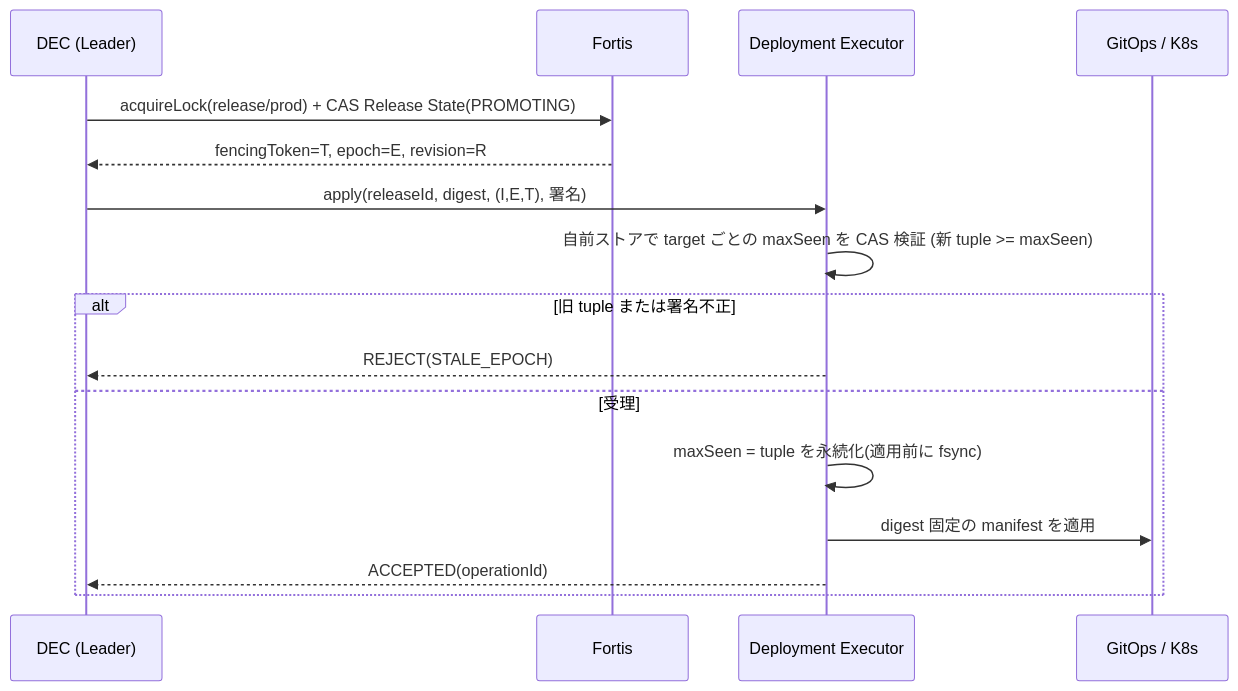
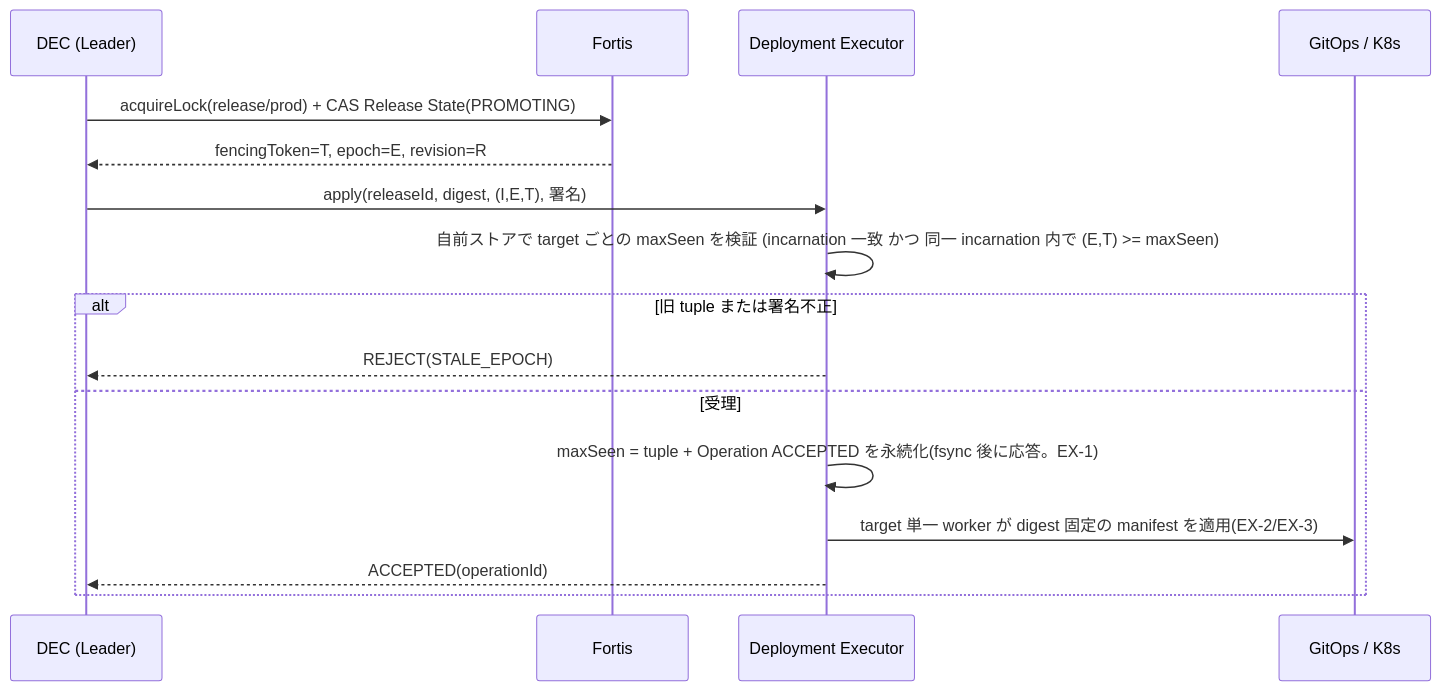
One commit to kigawa-net/kivra changed the second of 4 diagrams in docs/design/12-fortis-control-plane-ha.md. Above: the diagram before and after it, drawn with Mermaid. The commit also changed other lines of this file, not shown here.

First line of the commit message:
Unify release lock ownership model, external fencing and incarnation requirements across #8/#12

````diff
--- a/docs/design/12-fortis-control-plane-ha.md
+++ b/docs/design/12-fortis-control-plane-ha.md
@@ -185,18 +202,18 @@
 ```mermaid
 sequenceDiagram
   participant DEC as DEC (Leader)
   participant F as Fortis
   participant EX as Deployment Executor
   participant G as GitOps / K8s
   DEC->>F: acquireLock(release/prod) + CAS Release State(PROMOTING)
   F-->>DEC: fencingToken=T, epoch=E, revision=R
   DEC->>EX: apply(releaseId, digest, (I,E,T), 署名)
-  EX->>EX: 自前ストアで target ごとの maxSeen を CAS 検証 (新 tuple >= maxSeen)
+  EX->>EX: 自前ストアで target ごとの maxSeen を検証 (incarnation 一致 かつ 同一 incarnation 内で (E,T) >= maxSeen)
   alt 旧 tuple または署名不正
     EX-->>DEC: REJECT(STALE_EPOCH)
   else 受理
-    EX->>EX: maxSeen = tuple を永続化(適用前に fsync)
-    EX->>G: digest 固定の manifest を適用
+    EX->>EX: maxSeen = tuple + Operation ACCEPTED を永続化(fsync 後に応答。EX-1)
+    EX->>G: target 単一 worker が digest 固定の manifest を適用(EX-2/EX-3)
     EX-->>DEC: ACCEPTED(operationId)
   end
 ```
````
